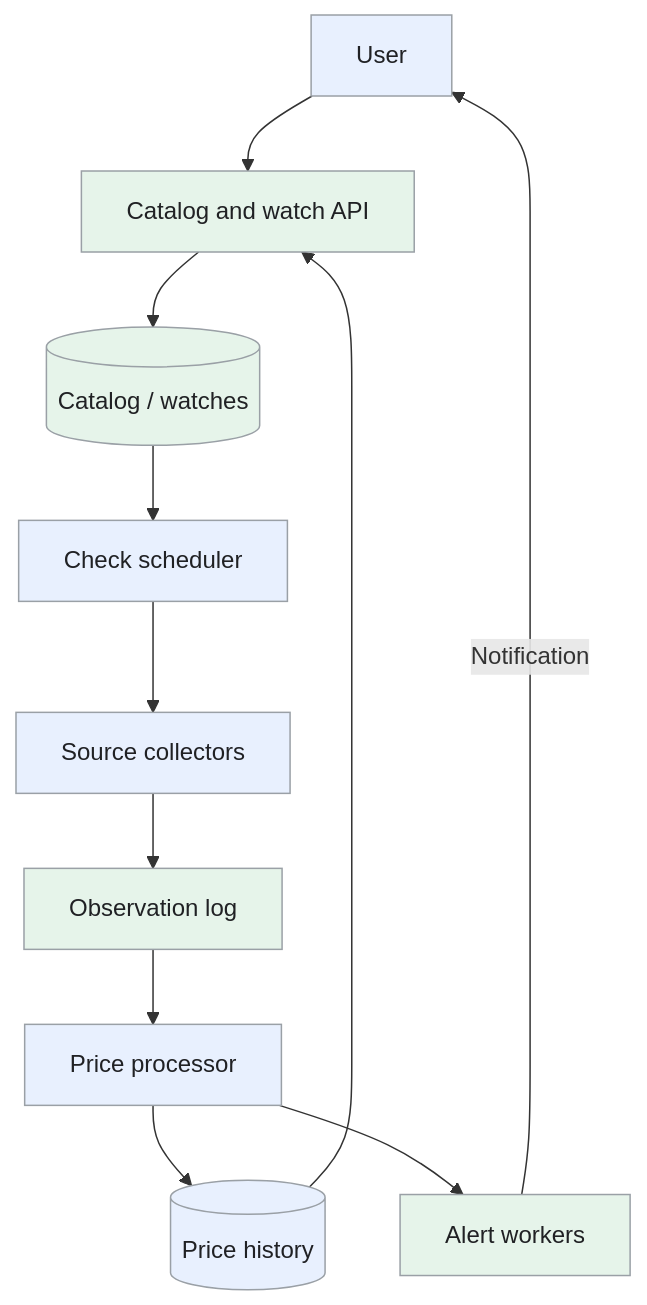
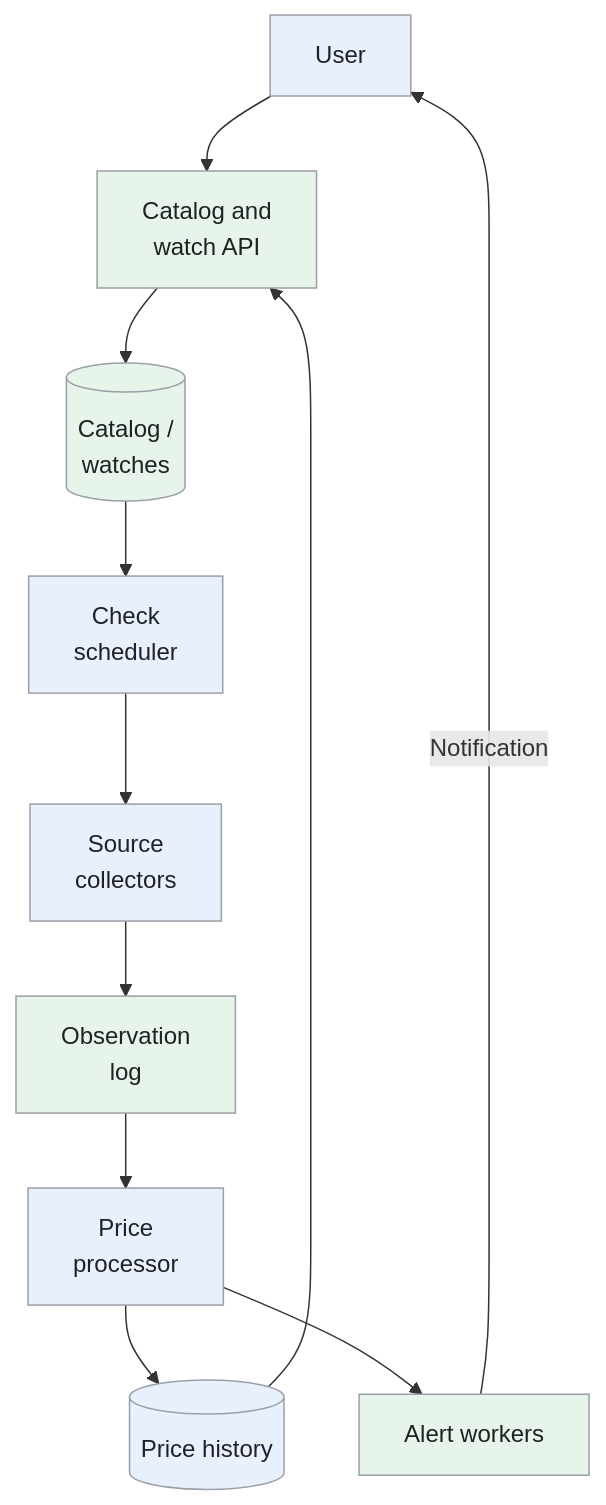
The first of 5 diagrams in _designs/system-design-camelcamelcamel.md (iliazlobin/iliazlobin.github.io), drawn with Mermaid before and after one commit. The commit also changed other lines of this file and 116 other files, not shown here.

````diff
--- a/_designs/system-design-camelcamelcamel.md
+++ b/_designs/system-design-camelcamelcamel.md
@@ -145,18 +145,18 @@
 ```mermaid
 flowchart TB
-  U[User] --> API[Catalog and watch API]
-  API --> DB[(Catalog / watches)]
-  DB --> S[Check scheduler]
-  S --> C[Source collectors]
-  C --> Q[Observation log]
-  Q --> P[Price processor]
-  P --> H[(Price history)]
-  P --> A[Alert workers]
+  U["User"] --> API["Catalog and<br>watch API"]
+  API --> DB[("Catalog /<br>watches")]
+  DB --> S["Check<br>scheduler"]
+  S --> C["Source<br>collectors"]
+  C --> Q["Observation<br>log"]
+  Q --> P["Price<br>processor"]
+  P --> H[("Price history")]
+  P --> A["Alert workers"]
   H --> API
   A -->|Notification| U
   classDef request fill:#e8f0fe,stroke:#9aa0a6,color:#202124,stroke-width:1px
   classDef background fill:#e6f4ea,stroke:#9aa0a6,color:#202124,stroke-width:1px
   classDef control fill:#fef7e0,stroke:#9aa0a6,color:#202124,stroke-width:1px
   class U,S,C,P,H request
   class API,DB,Q,A background
 ```
````
